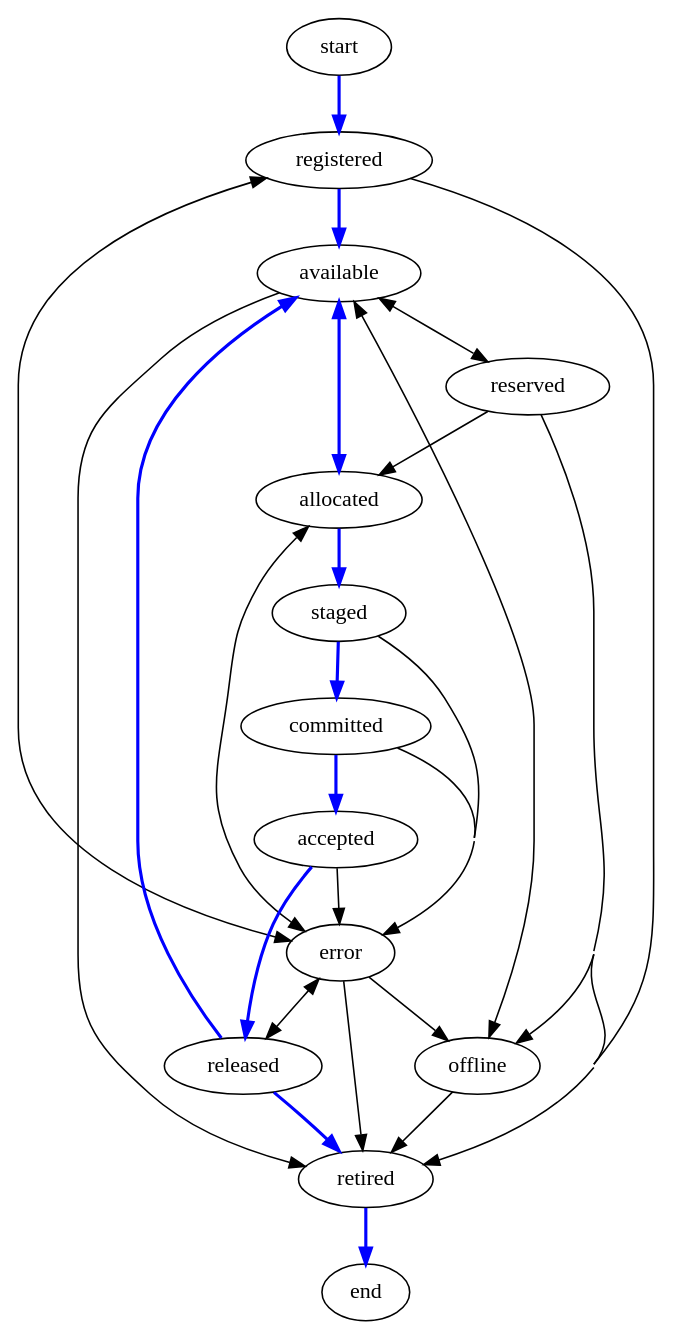
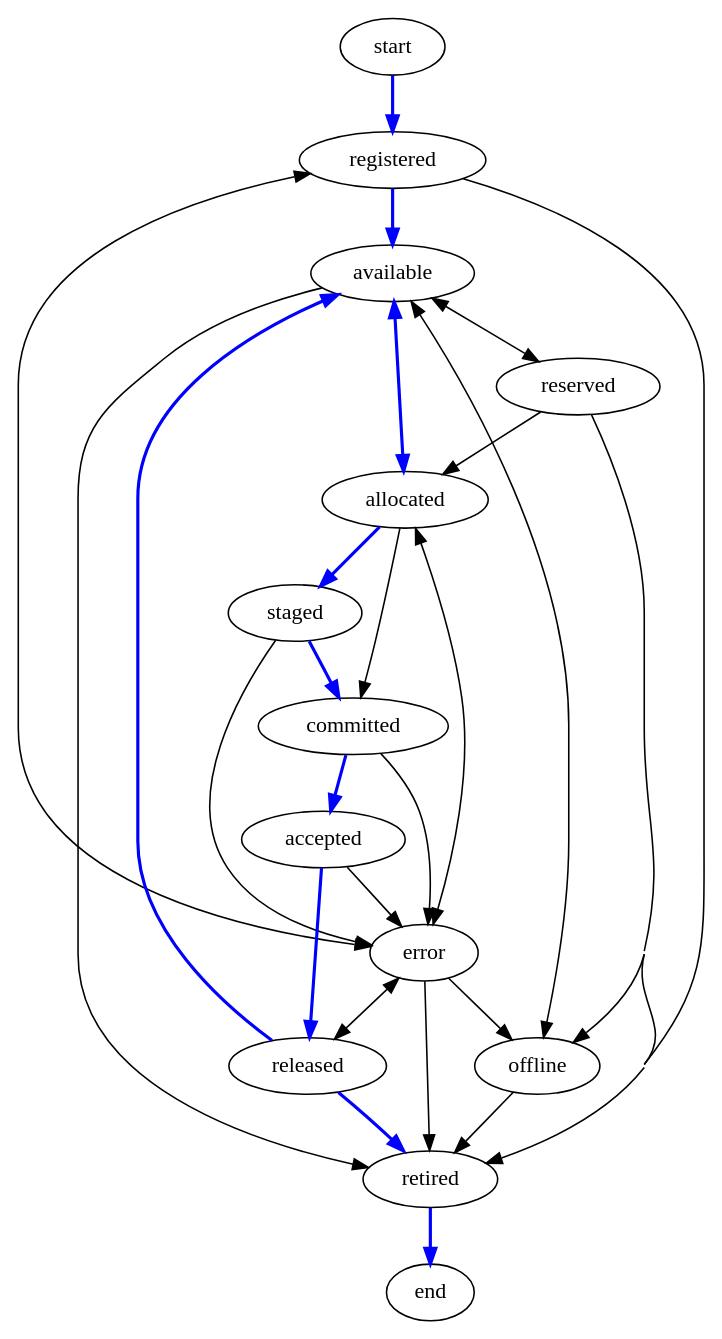
The diagram in doc/dot/resource-fsm-complex.dot (bgilmer77/deploy-best-practices), drawn with Graphviz before and after one commit. The commit also changed 1 other file, not shown here.

Commit message:
add allocated to committed transition

```diff
--- a/doc/dot/resource-fsm-complex.dot
+++ b/doc/dot/resource-fsm-complex.dot
@@ -1,56 +1,57 @@
 #
 # This a an imagined complex version of the statement. It adds a
 #  "reserved", "offline", and "error" states along with new
 #  transitions to tie these states into the model.
 #
 # The simple (conceptual) model edges (transitions) are blue.
 #
 digraph resource_fsm_complex {
   concentrate=true
   edge [arrowsize=1]
 
   start -> registered [color=blue, penwidth=2]
 
   registered -> available [color=blue, penwidth=2]
   registered -> retired
   registered -> error
 
   available -> allocated [color=blue, penwidth=2]
   available -> retired
   available -> offline
   available -> reserved
 
   reserved -> available
   reserved -> allocated
   reserved -> retired
   reserved -> offline
 
   offline -> available
   offline -> retired
 
   allocated -> staged [color=blue, penwidth=2]
+  allocated -> committed
   allocated -> available
   allocated -> error
 
   staged -> committed [color=blue, penwidth=2]
   staged -> error
 
   committed -> accepted [color=blue, penwidth=2]
   committed -> error
 
   accepted -> released [color=blue, penwidth=2]
   accepted -> error
 
   released -> available [color=blue, penwidth=2]
 
   released -> retired:nw [color=blue, penwidth=2]
   released -> error
 
   error -> registered
   error -> allocated
   error -> released
   error -> offline
   error -> retired
 
   retired -> end [color=blue, penwidth=2]
 }
```
